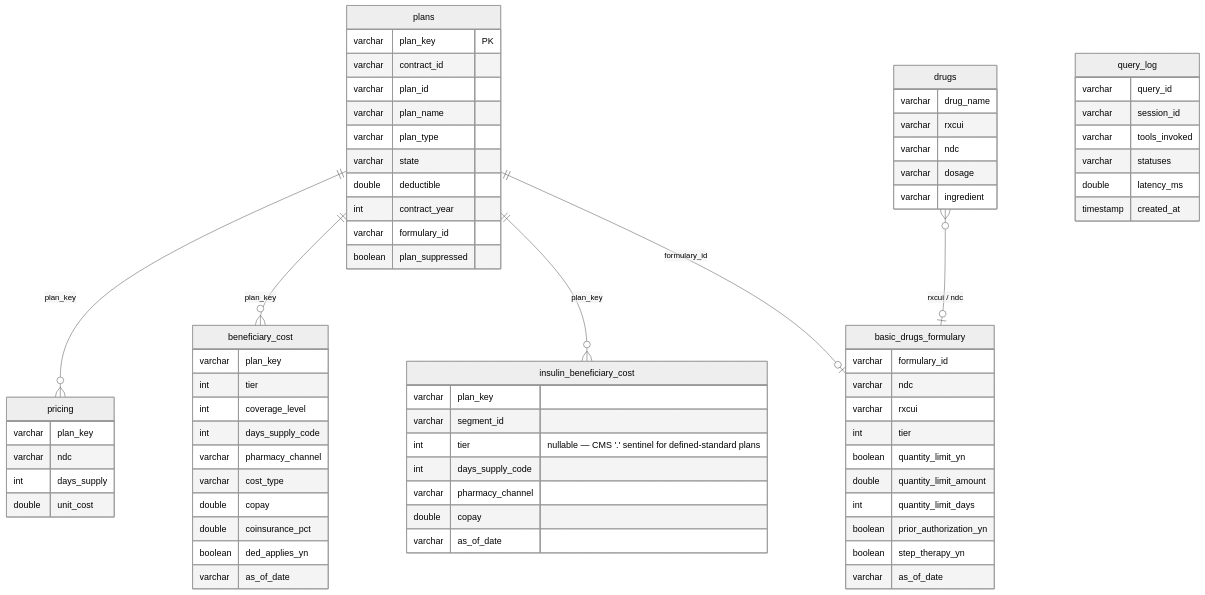
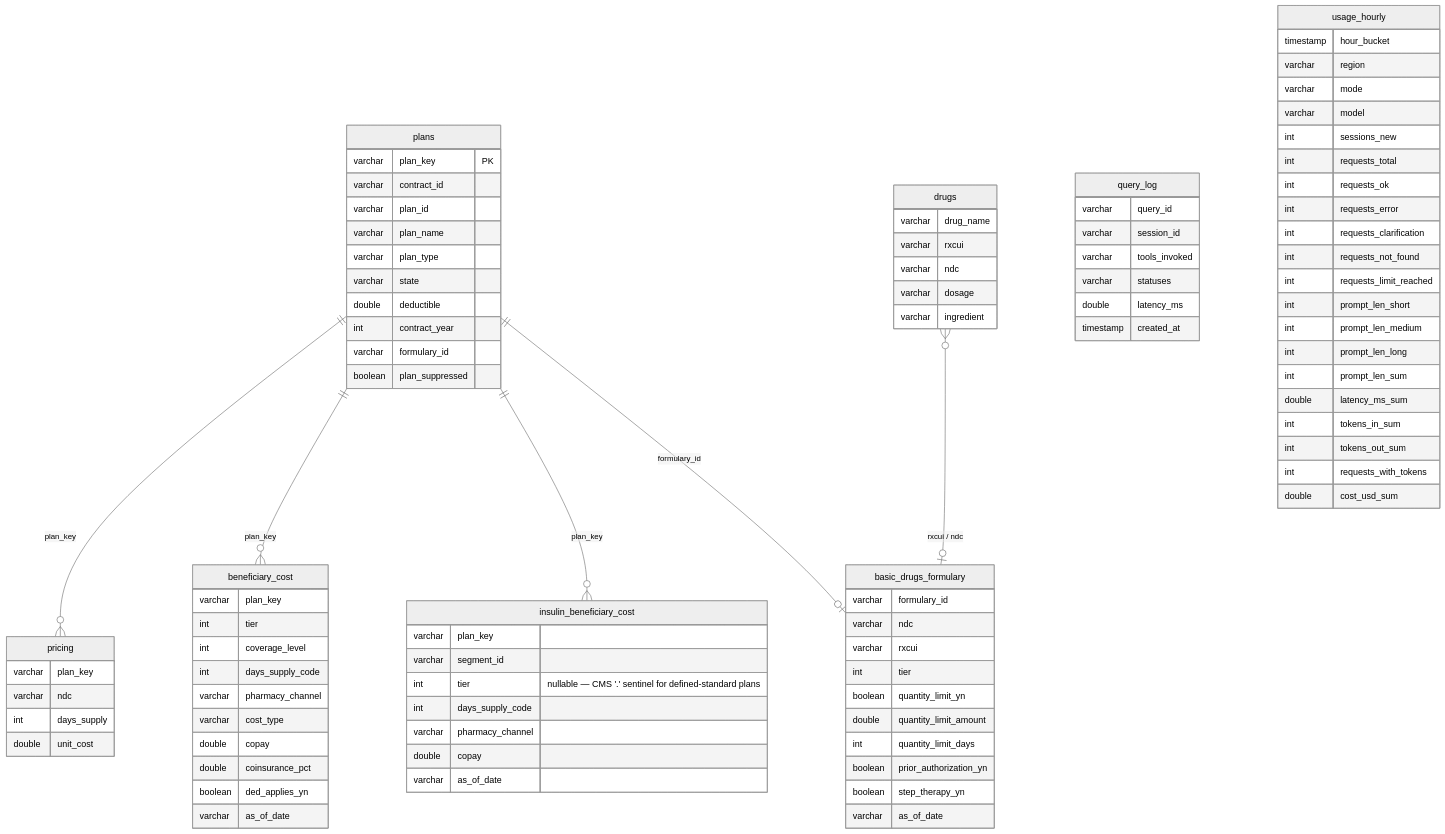
Before and after one commit to SreeCodes2021/Medicare-drug-cost-navigator: the sixth of 11 diagrams in docs/developer-guide.md, drawn with Mermaid (neutral theme). The commit also changed other lines of this file and 39 other files, not shown here.

````diff
--- a/docs/developer-guide.md
+++ b/docs/developer-guide.md
@@ -489,4 +490,27 @@
         double latency_ms
         timestamp created_at
     }
+
+    usage_hourly {
+        timestamp hour_bucket
+        varchar region
+        varchar mode
+        varchar model
+        int sessions_new
+        int requests_total
+        int requests_ok
+        int requests_error
+        int requests_clarification
+        int requests_not_found
+        int requests_limit_reached
+        int prompt_len_short
+        int prompt_len_medium
+        int prompt_len_long
+        int prompt_len_sum
+        double latency_ms_sum
+        int tokens_in_sum
+        int tokens_out_sum
+        int requests_with_tokens
+        double cost_usd_sum
+    }
 ```
````
